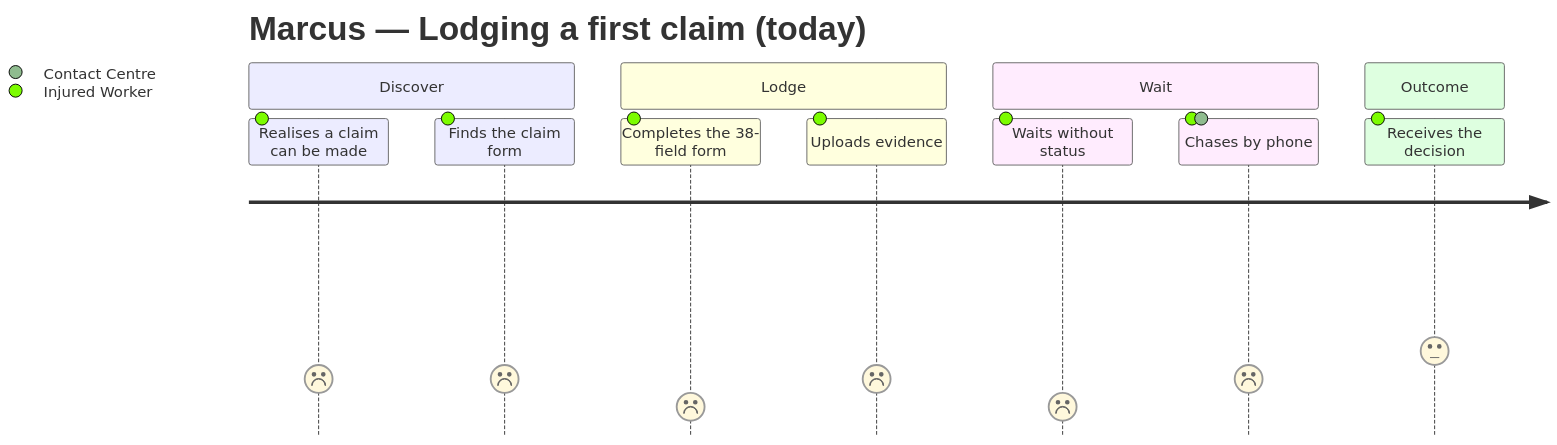
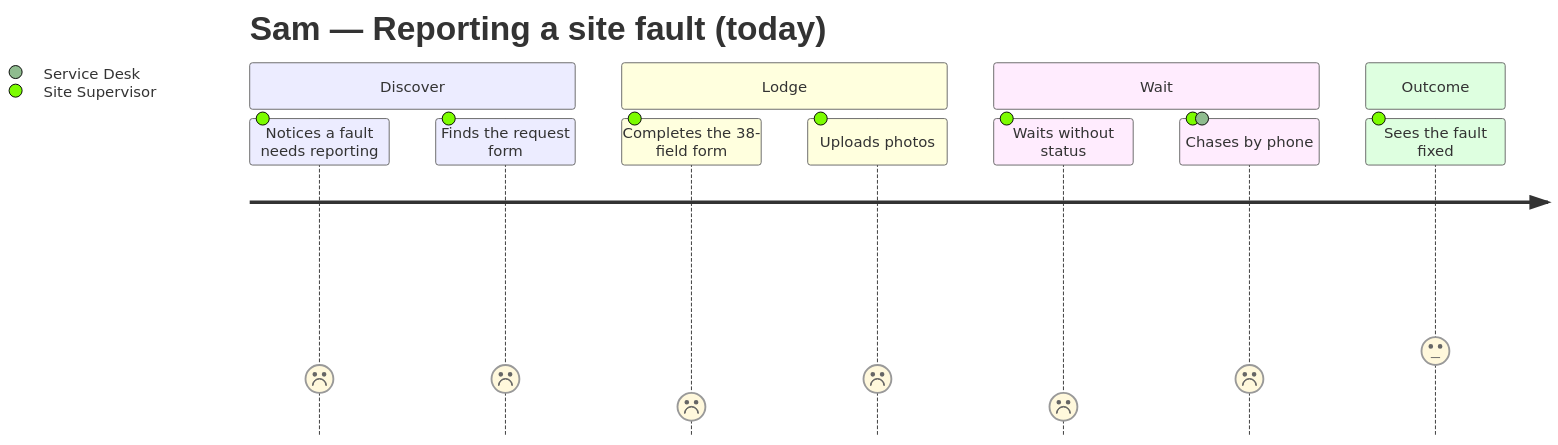
The diagram in skills/persona-journey-map/SKILL.md (kaushikhegde/BAEDemo), drawn with Mermaid before and after one commit. The commit also changed other lines of this file and 2 other files, not shown here.

````diff
--- a/skills/persona-journey-map/SKILL.md
+++ b/skills/persona-journey-map/SKILL.md
@@ -564,15 +567,15 @@
 ```mermaid
 journey
-    title Marcus — Lodging a first claim (today)
+    title Sam — Reporting a site fault (today)
     section Discover
-      Realises a claim can be made: 2: Injured Worker
-      Finds the claim form: 2: Injured Worker
+      Notices a fault needs reporting: 2: Site Supervisor
+      Finds the request form: 2: Site Supervisor
     section Lodge
-      Completes the 38-field form: 1: Injured Worker
-      Uploads evidence: 2: Injured Worker
+      Completes the 38-field form: 1: Site Supervisor
+      Uploads photos: 2: Site Supervisor
     section Wait
-      Waits without status: 1: Injured Worker
-      Chases by phone: 2: Injured Worker, Contact Centre
+      Waits without status: 1: Site Supervisor
+      Chases by phone: 2: Site Supervisor, Service Desk
     section Outcome
-      Receives the decision: 3: Injured Worker
+      Sees the fault fixed: 3: Site Supervisor
 ```
````
